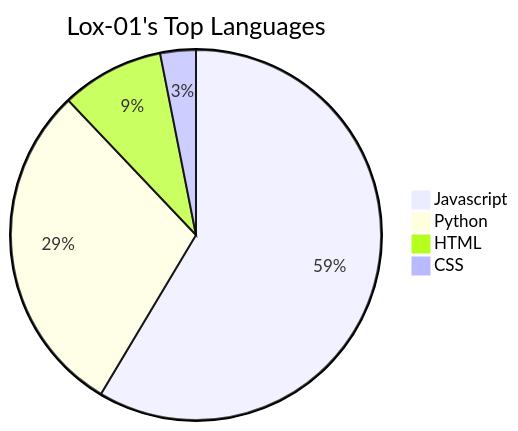
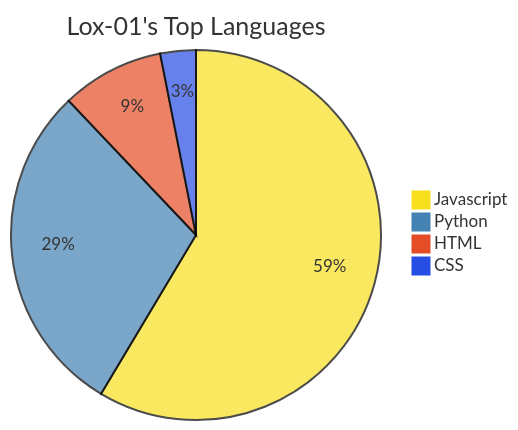
One commit to Lox-01/Lox-01 changed the diagram in README.md. Above: the diagram before and after it, drawn with Mermaid.

````diff
--- a/README.md
+++ b/README.md
@@ -12,9 +12,9 @@
 ```mermaid
-%%{init: {'theme': 'base', 'themeVariables': { "min-width": "100px"; "max-width": "100px", "pieOuterStrokeWidth": "0px", "pieInnerStrokeWidth": "0px", 'pie1': '#f7df1e', 'pie2': '#4382b3', 'pie3': '#e44d26', 'pie4': '#264de4'}}}%%
+%%{init: {'theme': 'base', 'themeVariables': { "min-width": "100px", "max-width": "100px", "pieOuterStrokeWidth": "0px", "pieInnerStrokeWidth": "0px", 'pie1': '#f7df1e', 'pie2': '#4382b3', 'pie3': '#e44d26', 'pie4': '#264de4'}}}%%
 pie
     title Lox-01's Top Languages
     "Javascript" : 58.57
     "Python" : 29.34
     "HTML" : 8.97
     "CSS" : 3.11
 ```
````
